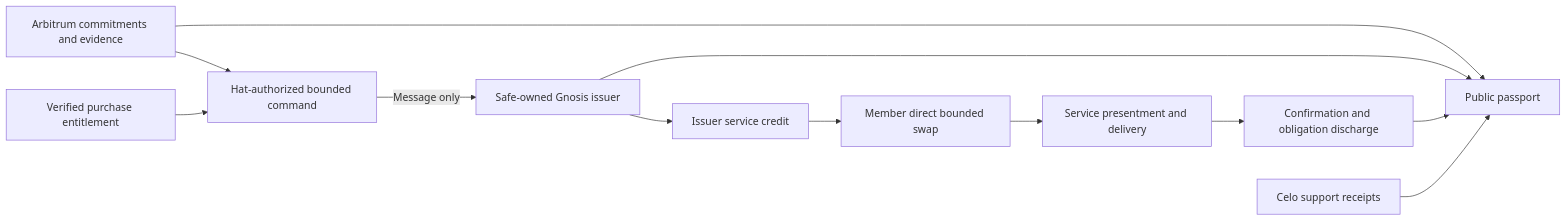
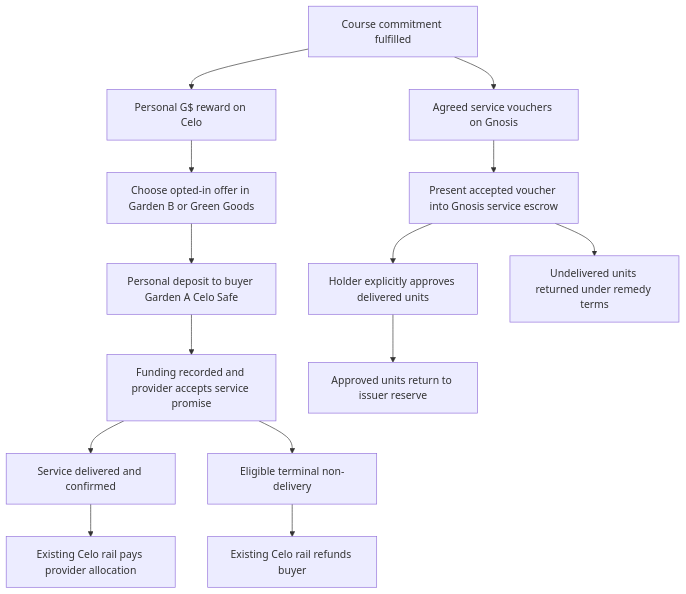
Before and after one commit to greenpill-dev-guild/green-goods: the diagram in .plans/backlog/cosmo-local-credit-interop/spec.md, drawn with Mermaid. The commit also changed other lines of this file and 144 other files, not shown here.

````diff
--- a/.plans/backlog/cosmo-local-credit-interop/spec.md
+++ b/.plans/backlog/cosmo-local-credit-interop/spec.md
@@ -28,14 +112,16 @@
 ```mermaid
-flowchart LR
-  A[Arbitrum commitments and evidence] --> B[Hat-authorized bounded command]
-  P[Verified purchase entitlement] --> B
-  B -->|Message only| C[Safe-owned Gnosis issuer]
-  C --> D[Issuer service credit]
-  D --> E[Member direct bounded swap]
-  E --> F[Service presentment and delivery]
-  F --> G[Confirmation and obligation discharge]
-  A --> H[Public passport]
-  C --> H
-  G --> H
-  S[Celo support receipts] --> H
+flowchart TD
+    C[Course commitment fulfilled] --> G[Personal G$ reward on Celo]
+    C --> V[Agreed service vouchers on Gnosis]
+    G --> P[Choose opted-in offer in Garden B or Green Goods]
+    P --> D[Personal deposit to buyer Garden A Celo Safe]
+    D --> F[Funding recorded and provider accepts service promise]
+    F --> S[Service delivered and confirmed]
+    S --> PAY[Existing Celo rail pays provider allocation]
+    F --> R[Eligible terminal non-delivery]
+    R --> REF[Existing Celo rail refunds buyer]
+    V --> E[Present accepted voucher into Gnosis service escrow]
+    E --> H[Holder explicitly approves delivered units]
+    H --> RES[Approved units return to issuer reserve]
+    E --> REM[Undelivered units returned under remedy terms]
 ```
````
